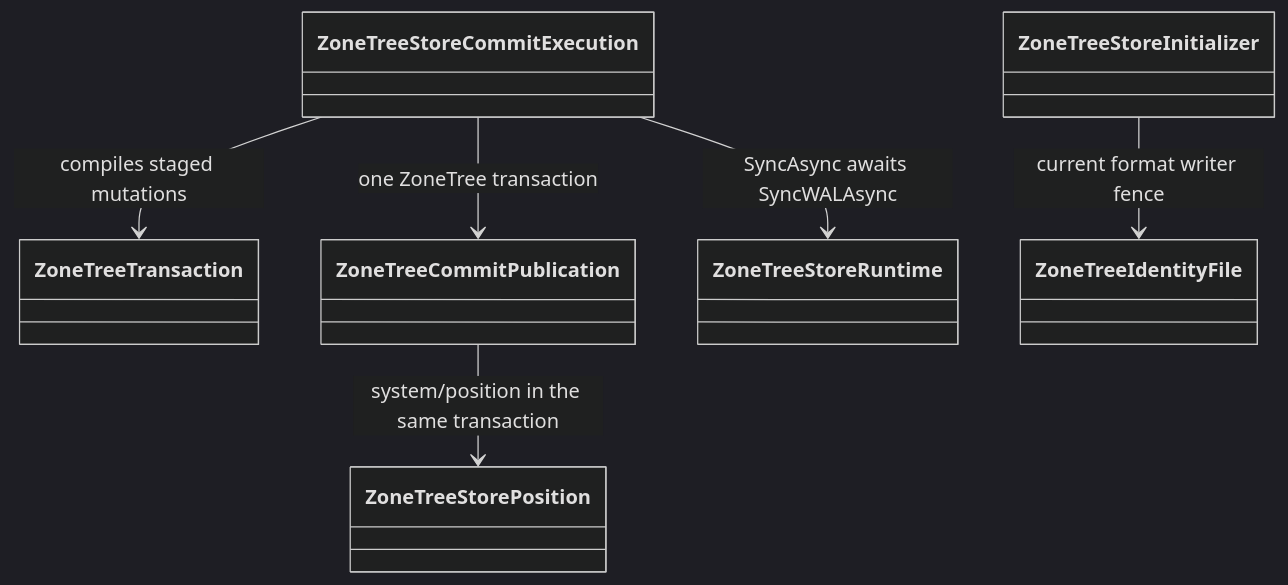
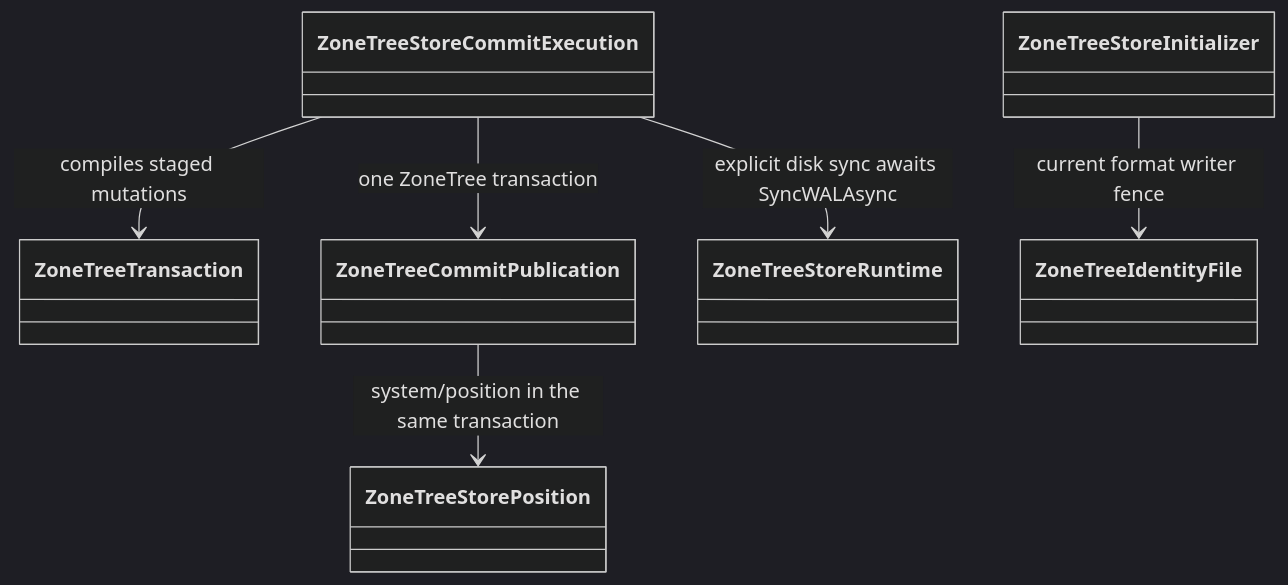
One commit to managedcode/KeyLoad changed diagram 11 of 26 in docs/Architecture.md. Above: the diagram before and after it, drawn with Mermaid (dark theme). The commit also changed other lines of this file and 30 other files, not shown here.

First line of the commit message:
Publish process-persistent native WAL writes without per-batch disk sync

````diff
--- a/docs/Architecture.md
+++ b/docs/Architecture.md
@@ -455,8 +456,8 @@
 ```mermaid
 classDiagram
     ZoneTreeStoreCommitExecution --> ZoneTreeTransaction : compiles staged mutations
     ZoneTreeStoreCommitExecution --> ZoneTreeCommitPublication : one ZoneTree transaction
     ZoneTreeCommitPublication --> ZoneTreeStorePosition : system/position in the same transaction
-    ZoneTreeStoreCommitExecution --> ZoneTreeStoreRuntime : SyncAsync awaits SyncWALAsync
+    ZoneTreeStoreCommitExecution --> ZoneTreeStoreRuntime : explicit disk sync awaits SyncWALAsync
     ZoneTreeStoreInitializer --> ZoneTreeIdentityFile : current format writer fence
 ```
````
